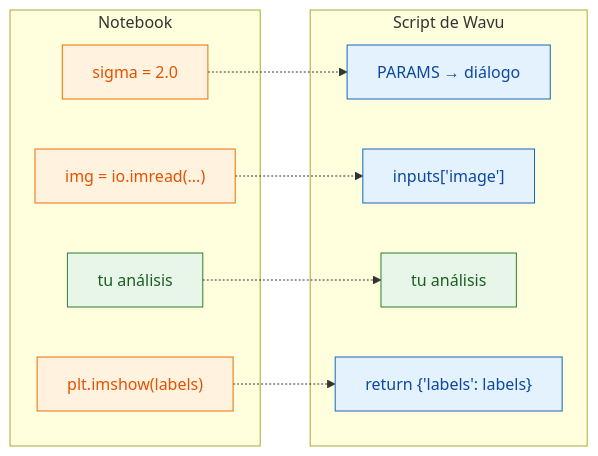
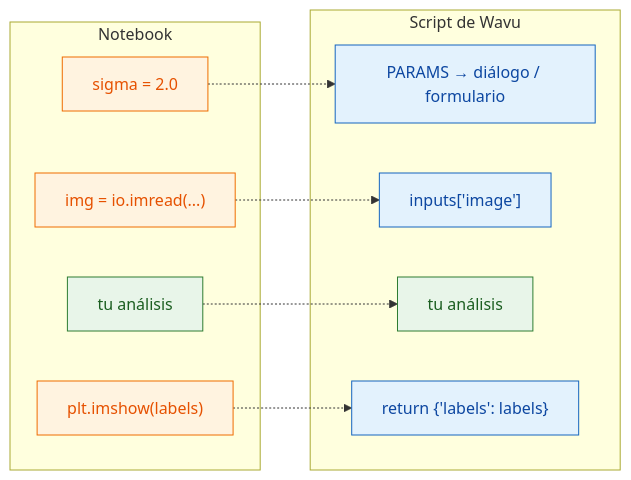
The diagram in guide/write/from-notebook.es.md (Oxford-Zeiss-Centre-of-Excellence/Wavu), drawn with Mermaid before and after one commit. The commit also changed other lines of this file and 70 other files, not shown here.

````diff
--- a/guide/write/from-notebook.es.md
+++ b/guide/write/from-notebook.es.md
@@ -11,23 +12,23 @@
 ```mermaid
 flowchart LR
     subgraph NB["Notebook"]
         A1["sigma = 2.0"]:::script
         A2["img = io.imread(...)"]:::script
         A3["tu análisis"]:::worker
         A4["plt.imshow(labels)"]:::script
     end
     subgraph WV["Script de Wavu"]
-        B1["PARAMS → diálogo"]:::fiji
+        B1["PARAMS → diálogo / formulario"]:::fiji
         B2["inputs['image']"]:::fiji
         B3["tu análisis"]:::worker
         B4["return {'labels': labels}"]:::fiji
     end
     A1 -.-> B1
     A2 -.-> B2
     A3 -.-> B3
     A4 -.-> B4
 
     classDef fiji   fill:#e3f2fd,stroke:#1565c0,color:#0d47a1
     classDef worker fill:#e8f5e9,stroke:#2e7d32,color:#1b5e20
     classDef script fill:#fff3e0,stroke:#ef6c00,color:#e65100
 ```
````
